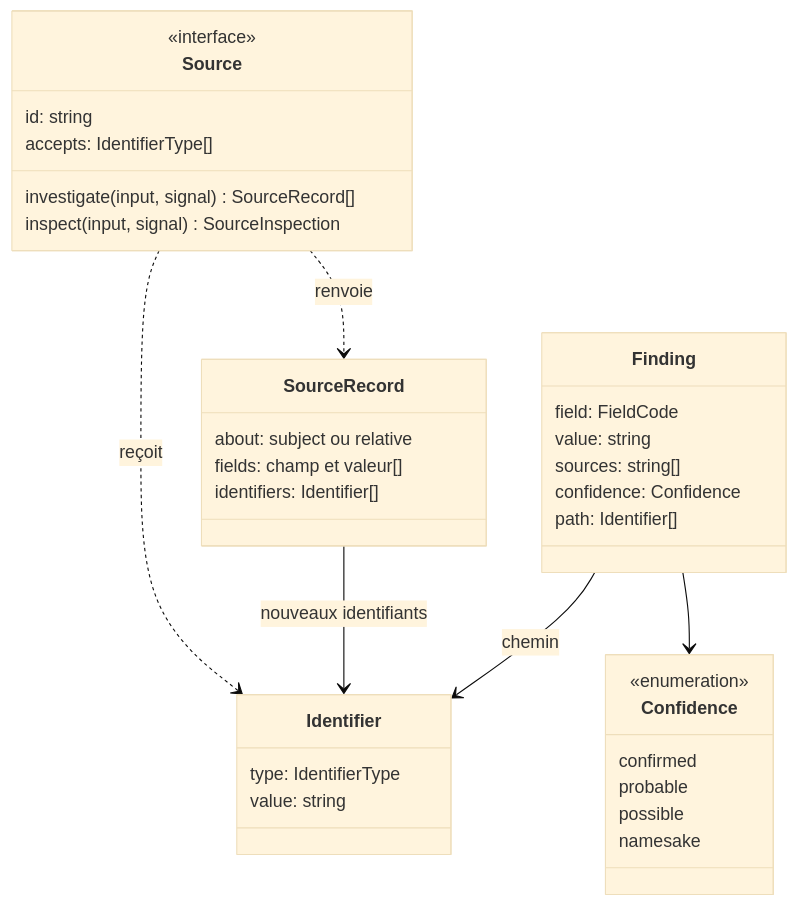
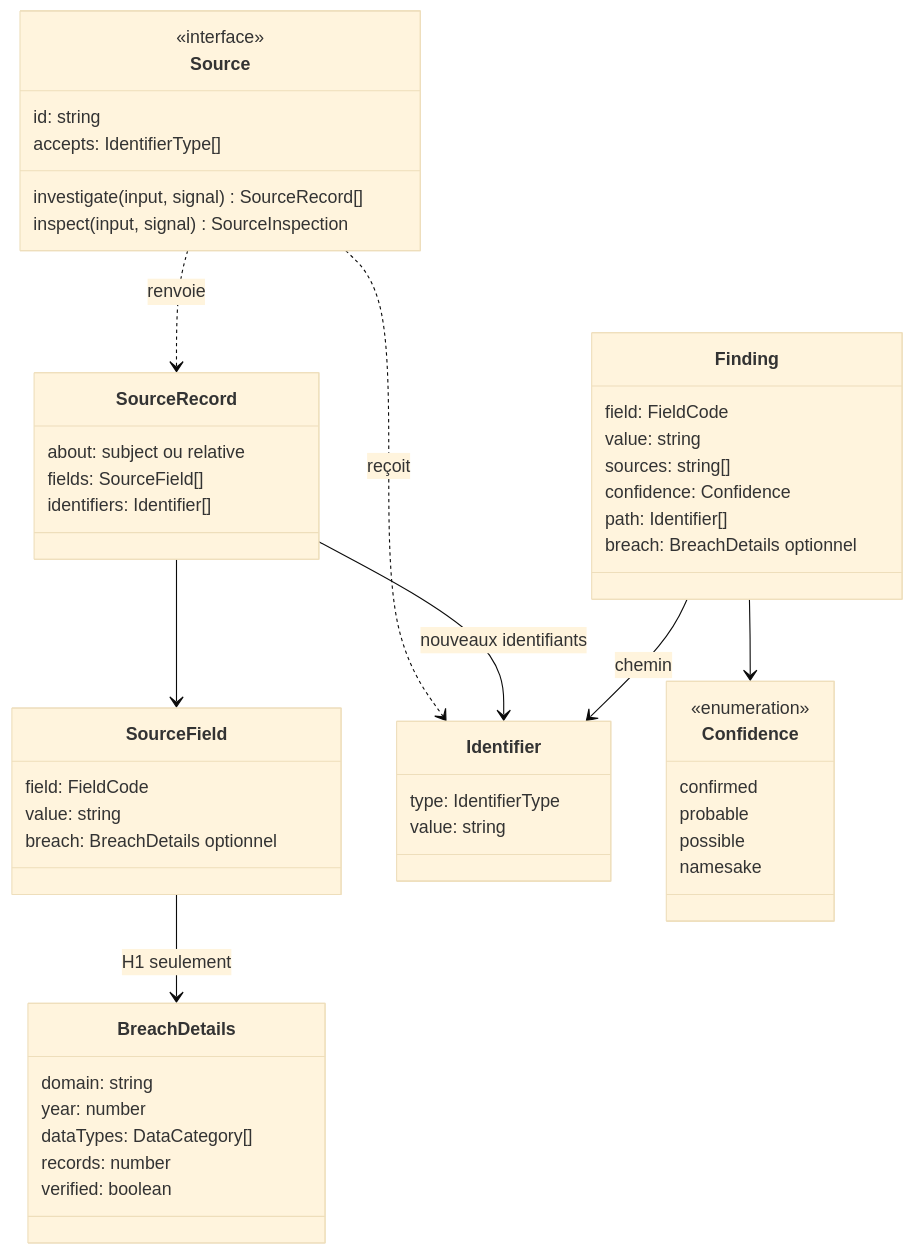
One commit to SaltyKeed/osint-open-doors changed the diagram in docs/ARCHITECTURE.md. Above: the diagram before and after it, drawn with Mermaid (base theme). The commit also changed other lines of this file and 35 other files, not shown here.

````diff
--- a/docs/ARCHITECTURE.md
+++ b/docs/ARCHITECTURE.md
@@ -156,38 +155,53 @@
 ```mermaid
 classDiagram
     class Source {
         <<interface>>
         id: string
         accepts: IdentifierType[]
         investigate(input, signal) SourceRecord[]
         inspect(input, signal) SourceInspection
     }
     class SourceRecord {
         about: subject ou relative
-        fields: champ et valeur[]
+        fields: SourceField[]
         identifiers: Identifier[]
+    }
+    class SourceField {
+        field: FieldCode
+        value: string
+        breach: BreachDetails optionnel
+    }
+    class BreachDetails {
+        domain: string
+        year: number
+        dataTypes: DataCategory[]
+        records: number
+        verified: boolean
     }
     class Identifier {
         type: IdentifierType
         value: string
     }
     class Finding {
         field: FieldCode
         value: string
         sources: string[]
         confidence: Confidence
         path: Identifier[]
+        breach: BreachDetails optionnel
     }
     class Confidence {
         <<enumeration>>
         confirmed
         probable
         possible
         namesake
     }
     Source ..> Identifier : reçoit
     Source ..> SourceRecord : renvoie
+    SourceRecord --> SourceField
+    SourceField --> BreachDetails : H1 seulement
     SourceRecord --> Identifier : nouveaux identifiants
     Finding --> Identifier : chemin
     Finding --> Confidence
 ```
````
